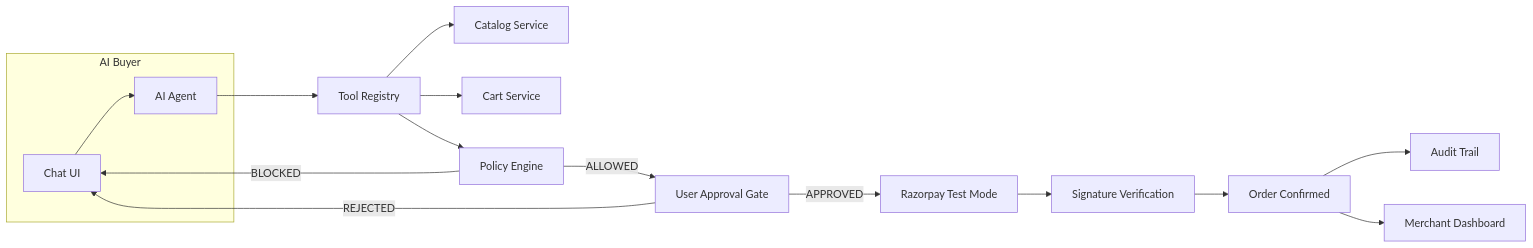
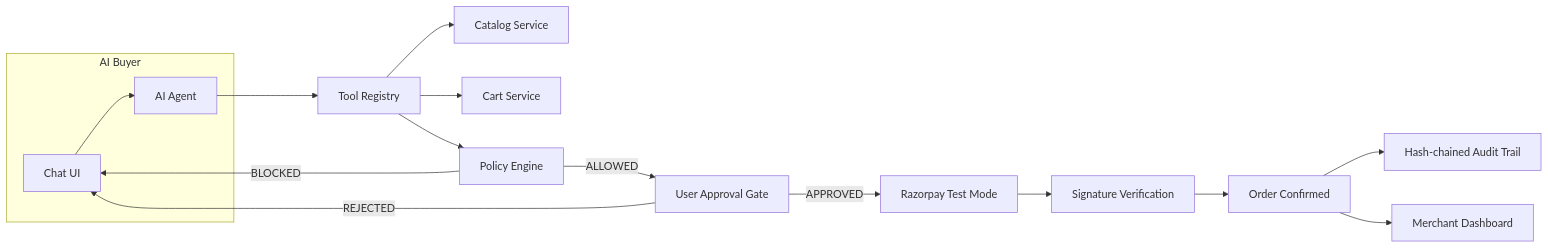
One commit to tisha-varma/RazorFlow-AI changed the diagram in README.md. Above: the diagram before and after it, drawn with Mermaid. The commit also changed other lines of this file and 41 other files, not shown here.

````diff
--- a/README.md
+++ b/README.md
@@ -42,23 +176,23 @@
 ```mermaid
 graph LR
     subgraph "AI Buyer"
         CHAT[Chat UI] --> AGENT[AI Agent]
     end
-    
+
     AGENT --> TOOLS[Tool Registry]
     TOOLS --> CATALOG[Catalog Service]
     TOOLS --> CART[Cart Service]
     TOOLS --> POLICY[Policy Engine]
-    
+
     POLICY -->|ALLOWED| APPROVAL[User Approval Gate]
     POLICY -->|BLOCKED| CHAT
-    
+
     APPROVAL -->|APPROVED| RAZORPAY[Razorpay Test Mode]
     APPROVAL -->|REJECTED| CHAT
-    
+
     RAZORPAY --> VERIFY[Signature Verification]
     VERIFY --> ORDER[Order Confirmed]
-    
-    ORDER --> AUDIT[Audit Trail]
+
+    ORDER --> AUDIT[Hash-chained Audit Trail]
     ORDER --> DASHBOARD[Merchant Dashboard]
 ```
````
